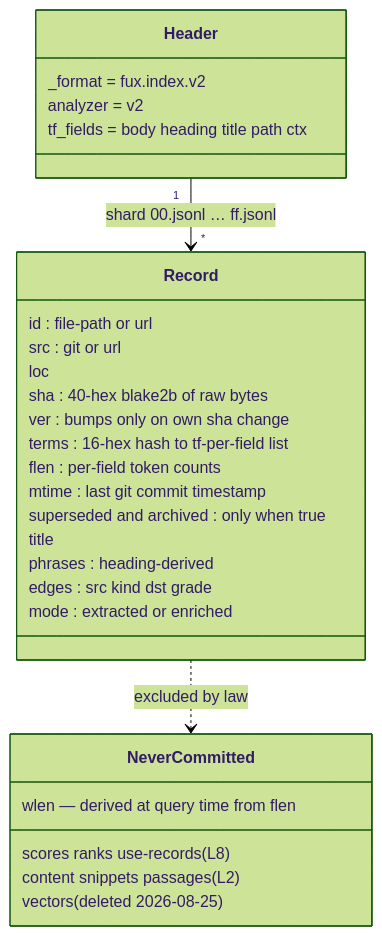
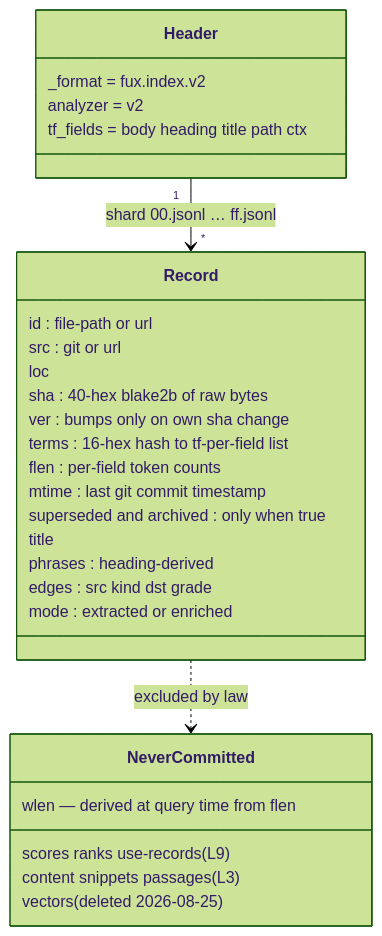
One commit to arpitarya/fux changed the diagram in docs/paper/figures/src/fig-04-record.mmd. Above: the diagram before and after it, drawn with Mermaid (forest theme). The commit also changed 351 other files, not shown here.

```diff
--- a/docs/paper/figures/src/fig-04-record.mmd
+++ b/docs/paper/figures/src/fig-04-record.mmd
@@ -1,29 +1,29 @@
 classDiagram
   class Header {
     _format = fux.index.v2
     analyzer = v2
     tf_fields = body heading title path ctx
   }
   class Record {
     id : file-path or url
     src : git or url
     loc
     sha : 40-hex blake2b of raw bytes
     ver : bumps only on own sha change
     terms : 16-hex hash to tf-per-field list
     flen : per-field token counts
     mtime : last git commit timestamp
     superseded and archived : only when true
     title
     phrases : heading-derived
     edges : src kind dst grade
     mode : extracted or enriched
   }
   class NeverCommitted {
     wlen — derived at query time from flen
-    scores ranks use-records (L8)
-    content snippets passages (L2)
+    scores ranks use-records (L9)
+    content snippets passages (L3)
     vectors (deleted 2026-08-25)
   }
   Header "1" --> "*" Record : shard 00.jsonl … ff.jsonl
   Record ..> NeverCommitted : excluded by law
```
